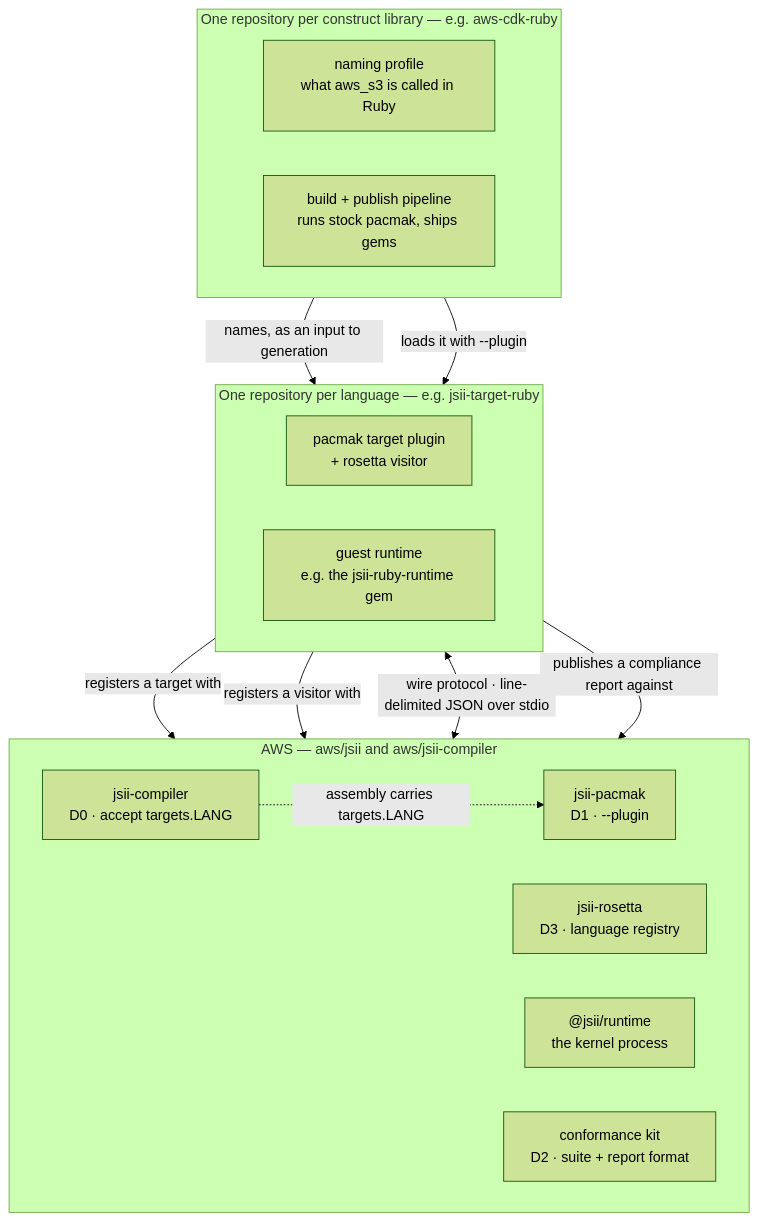
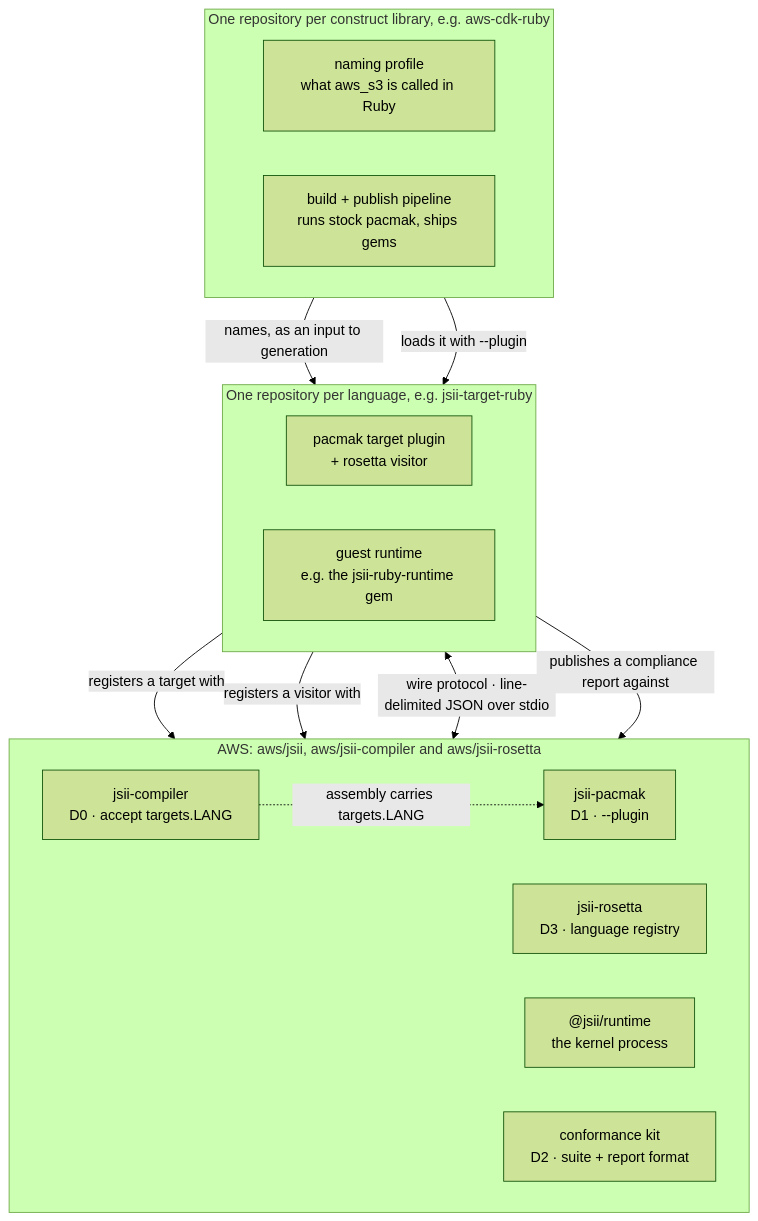
The diagram in text/1005-jsii-language-plugins.md (aws/aws-cdk-rfcs), drawn with Mermaid (forest theme) before and after one commit. The commit also changed other lines of this file, not shown here.

````diff
--- a/text/1005-jsii-language-plugins.md
+++ b/text/1005-jsii-language-plugins.md
@@ -82,31 +289,31 @@
 ```mermaid
 flowchart TB
-  subgraph lib["One repository per construct library — e.g. aws-cdk-ruby"]
+  subgraph lib["One repository per construct library, e.g. aws-cdk-ruby"]
     direction LR
     profile["naming profile<br/>what aws_s3 is called in Ruby"]
     pipeline["build + publish pipeline<br/>runs stock pacmak, ships gems"]
   end
 
-  subgraph lang["One repository per language — e.g. jsii-target-ruby"]
+  subgraph lang["One repository per language, e.g. jsii-target-ruby"]
     direction LR
     plugin["pacmak target plugin<br/>+ rosetta visitor"]
     guest["guest runtime<br/>e.g. the jsii-ruby-runtime gem"]
   end
 
-  subgraph aws["AWS — aws/jsii and aws/jsii-compiler"]
+  subgraph aws["AWS: aws/jsii, aws/jsii-compiler and aws/jsii-rosetta"]
     direction LR
     compiler["jsii-compiler<br/>D0 · accept targets.LANG"]
     pacmak["jsii-pacmak<br/>D1 · --plugin"]
     rosetta["jsii-rosetta<br/>D3 · language registry"]
     kernel["@jsii/runtime<br/>the kernel process"]
     kit["conformance kit<br/>D2 · suite + report format"]
   end
 
   profile -- "names, as an input to generation" --> plugin
   pipeline -- "loads it with --plugin" --> plugin
   plugin -- "registers a target with" --> pacmak
   plugin -- "registers a visitor with" --> rosetta
   guest <-- "wire protocol · line-delimited JSON over stdio" --> kernel
   guest -- "publishes a compliance report against" --> kit
   compiler -. "assembly carries targets.LANG" .-> pacmak
 ```
````
